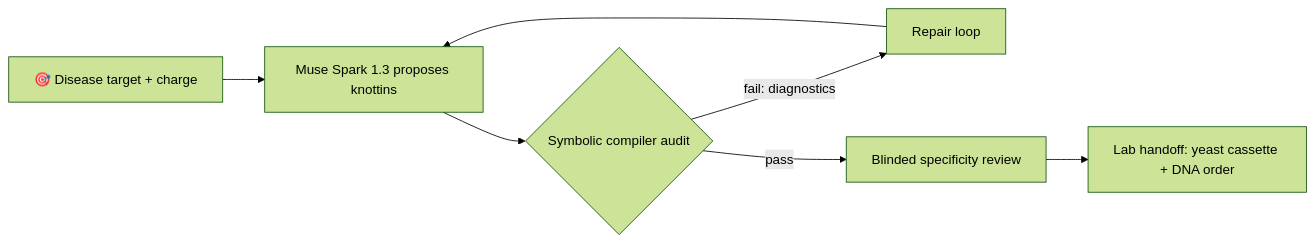
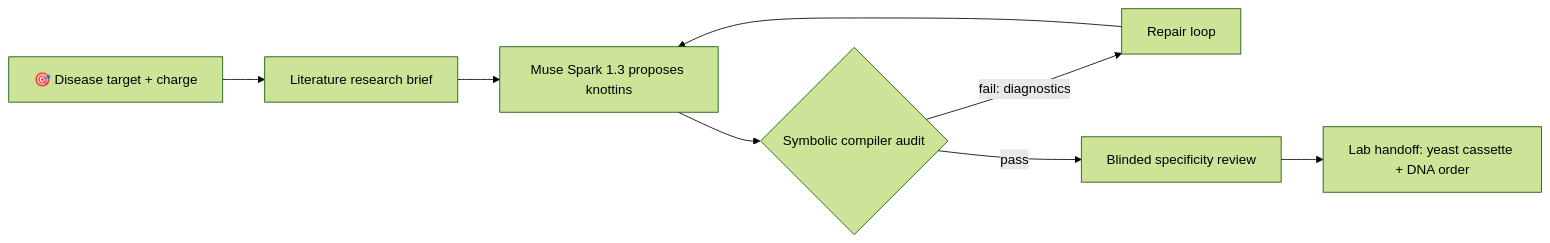
One commit to henryweimd/cozy-peptide changed the diagram in README.md. Above: the diagram before and after it, drawn with Mermaid (forest theme). The commit also changed other lines of this file and 17 other files, not shown here.

First line of the commit message:
feat: literature research stage, SSE progress, Supabase run ledger

````diff
--- a/README.md
+++ b/README.md
@@ -162,9 +162,10 @@
 ```mermaid
 flowchart LR
-    A["🎯 Disease target + charge"] --> B["Muse Spark 1.3 proposes knottins"]
+    A["🎯 Disease target + charge"] --> R["Literature research brief"]
+    R --> B["Muse Spark 1.3 proposes knottins"]
     B --> C{"Symbolic compiler audit"}
     C -->|"fail: diagnostics"| D["Repair loop"]
     D --> B
     C -->|"pass"| S["Blinded specificity review"]
     S --> E["Lab handoff: yeast cassette + DNA order"]
 ```
````
